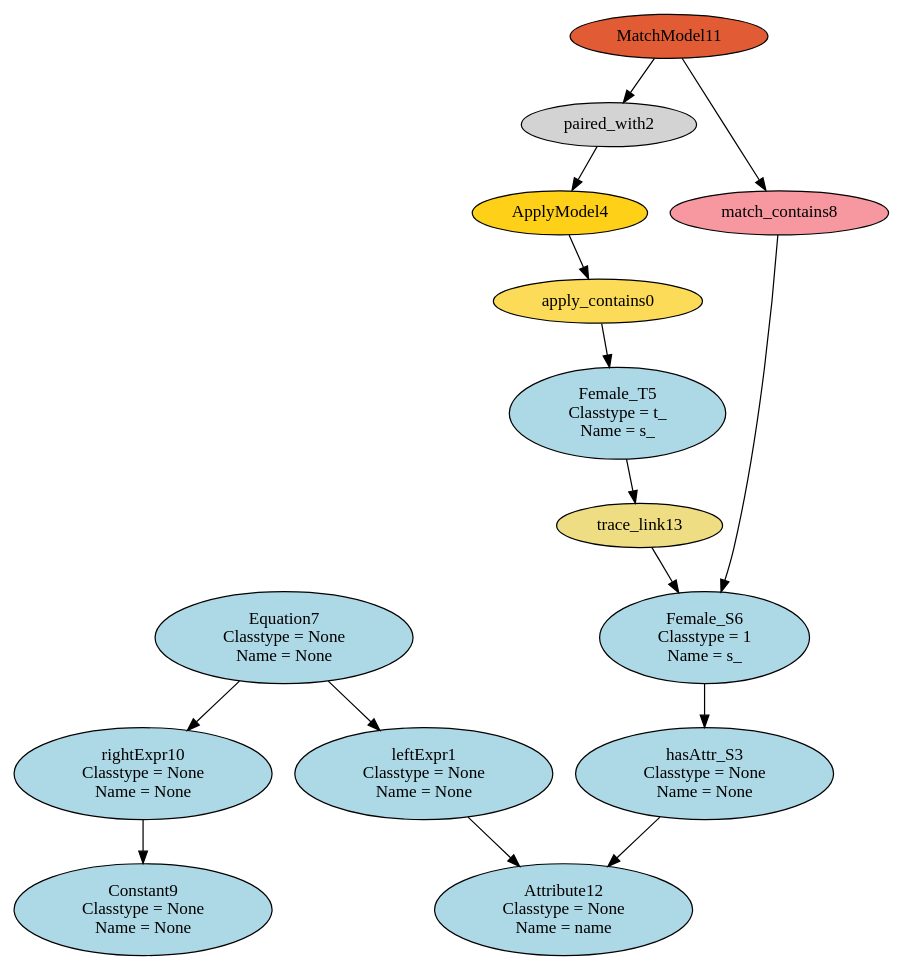
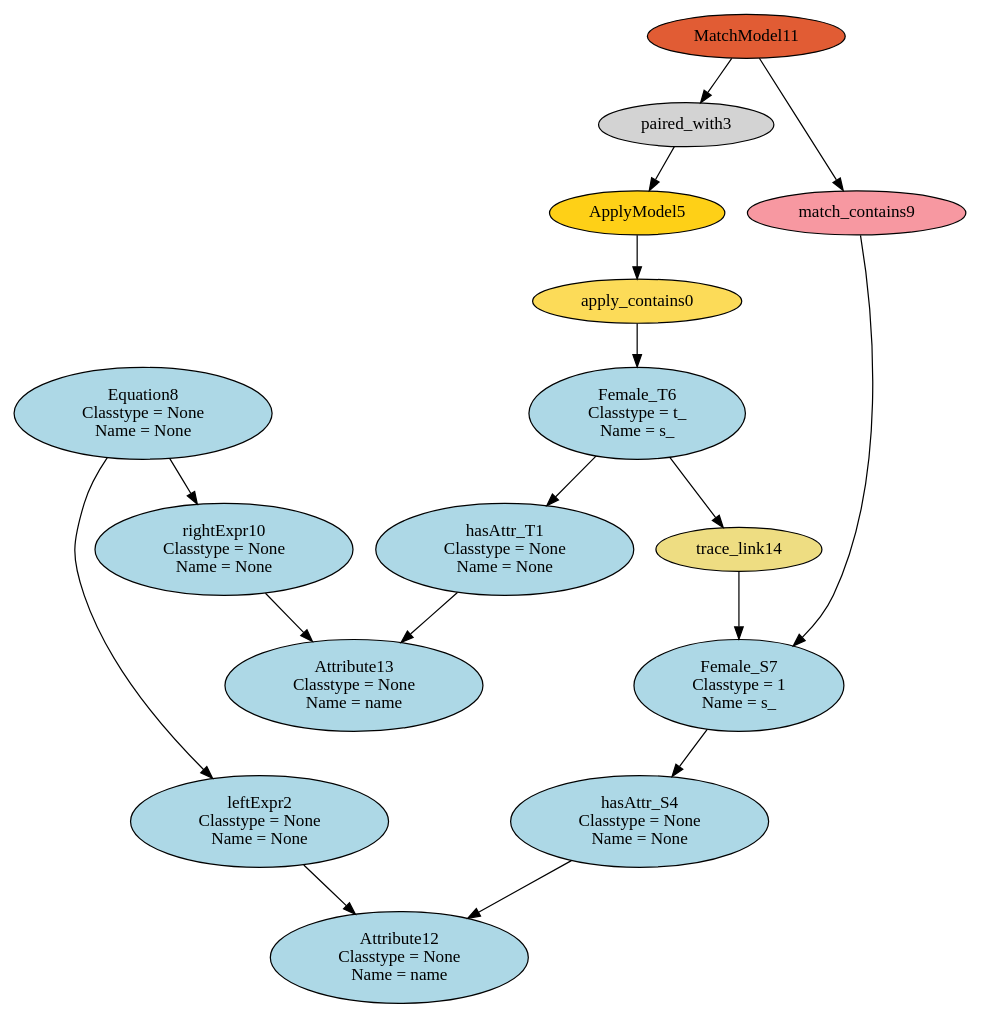
The diagram in dot/HEmptyPathCondition_HF2F.dot (levilucio/SyVOLT), drawn with Graphviz before and after one commit. The commit also changed 20 other files, not shown here.

```diff
--- a/dot/HEmptyPathCondition_HF2F.dot
+++ b/dot/HEmptyPathCondition_HF2F.dot
@@ -1,30 +1,33 @@
 digraph HEmptyPathCondition_HF2F {
 apply_contains0 [style=filled, fillcolor="#FCDB58"];
-"leftExpr1\n Classtype = None\n Name = None" [style=filled, fillcolor=lightblue];
-paired_with2 [style=filled, fillcolor=lightgray];
-"hasAttr_S3\n Classtype = None\n Name = None" [style=filled, fillcolor=lightblue];
-ApplyModel4 [style=filled, fillcolor="#FED017"];
-"Female_T5\n Classtype = t_\n Name = s_" [style=filled, fillcolor=lightblue];
-"Female_S6\n Classtype = 1\n Name = s_" [style=filled, fillcolor=lightblue];
-"Equation7\n Classtype = None\n Name = None" [style=filled, fillcolor=lightblue];
-match_contains8 [style=filled, fillcolor="#F798A1"];
-"Constant9\n Classtype = None\n Name = None" [style=filled, fillcolor=lightblue];
+"hasAttr_T1\n Classtype = None\n Name = None" [style=filled, fillcolor=lightblue];
+"leftExpr2\n Classtype = None\n Name = None" [style=filled, fillcolor=lightblue];
+paired_with3 [style=filled, fillcolor=lightgray];
+"hasAttr_S4\n Classtype = None\n Name = None" [style=filled, fillcolor=lightblue];
+ApplyModel5 [style=filled, fillcolor="#FED017"];
+"Female_T6\n Classtype = t_\n Name = s_" [style=filled, fillcolor=lightblue];
+"Female_S7\n Classtype = 1\n Name = s_" [style=filled, fillcolor=lightblue];
+"Equation8\n Classtype = None\n Name = None" [style=filled, fillcolor=lightblue];
+match_contains9 [style=filled, fillcolor="#F798A1"];
 "rightExpr10\n Classtype = None\n Name = None" [style=filled, fillcolor=lightblue];
 MatchModel11 [style=filled, fillcolor="#E15C34"];
 "Attribute12\n Classtype = None\n Name = name" [style=filled, fillcolor=lightblue];
-trace_link13 [style=filled, fillcolor=lightgoldenrod];
-ApplyModel4 -> apply_contains0;
-apply_contains0 -> "Female_T5\n Classtype = t_\n Name = s_";
-"Equation7\n Classtype = None\n Name = None" -> "leftExpr1\n Classtype = None\n Name = None";
-"leftExpr1\n Classtype = None\n Name = None" -> "Attribute12\n Classtype = None\n Name = name";
-MatchModel11 -> paired_with2;
-paired_with2 -> ApplyModel4;
-"Female_S6\n Classtype = 1\n Name = s_" -> "hasAttr_S3\n Classtype = None\n Name = None";
-"hasAttr_S3\n Classtype = None\n Name = None" -> "Attribute12\n Classtype = None\n Name = name";
-match_contains8 -> "Female_S6\n Classtype = 1\n Name = s_";
-"Equation7\n Classtype = None\n Name = None" -> "rightExpr10\n Classtype = None\n Name = None";
-MatchModel11 -> match_contains8;
-"rightExpr10\n Classtype = None\n Name = None" -> "Constant9\n Classtype = None\n Name = None";
-trace_link13 -> "Female_S6\n Classtype = 1\n Name = s_";
-"Female_T5\n Classtype = t_\n Name = s_" -> trace_link13;
+"Attribute13\n Classtype = None\n Name = name" [style=filled, fillcolor=lightblue];
+trace_link14 [style=filled, fillcolor=lightgoldenrod];
+ApplyModel5 -> apply_contains0;
+apply_contains0 -> "Female_T6\n Classtype = t_\n Name = s_";
+"Female_T6\n Classtype = t_\n Name = s_" -> "hasAttr_T1\n Classtype = None\n Name = None";
+"hasAttr_T1\n Classtype = None\n Name = None" -> "Attribute13\n Classtype = None\n Name = name";
+"Equation8\n Classtype = None\n Name = None" -> "leftExpr2\n Classtype = None\n Name = None";
+"leftExpr2\n Classtype = None\n Name = None" -> "Attribute12\n Classtype = None\n Name = name";
+MatchModel11 -> paired_with3;
+paired_with3 -> ApplyModel5;
+"Female_S7\n Classtype = 1\n Name = s_" -> "hasAttr_S4\n Classtype = None\n Name = None";
+"hasAttr_S4\n Classtype = None\n Name = None" -> "Attribute12\n Classtype = None\n Name = name";
+match_contains9 -> "Female_S7\n Classtype = 1\n Name = s_";
+"Equation8\n Classtype = None\n Name = None" -> "rightExpr10\n Classtype = None\n Name = None";
+MatchModel11 -> match_contains9;
+"rightExpr10\n Classtype = None\n Name = None" -> "Attribute13\n Classtype = None\n Name = name";
+trace_link14 -> "Female_S7\n Classtype = 1\n Name = s_";
+"Female_T6\n Classtype = t_\n Name = s_" -> trace_link14;
 }
```
